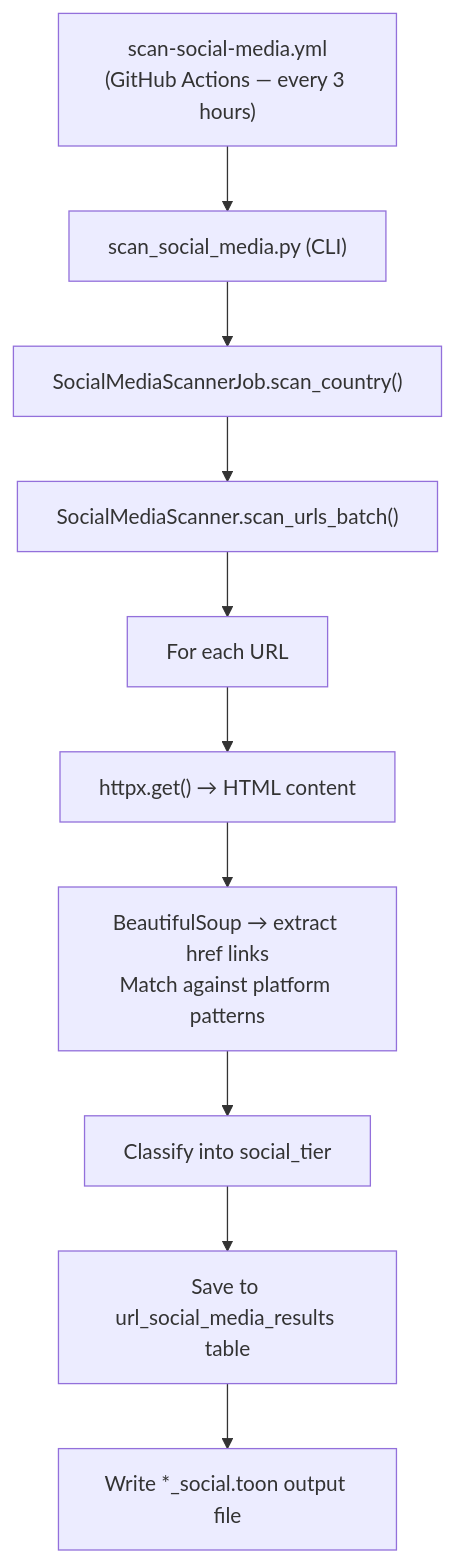
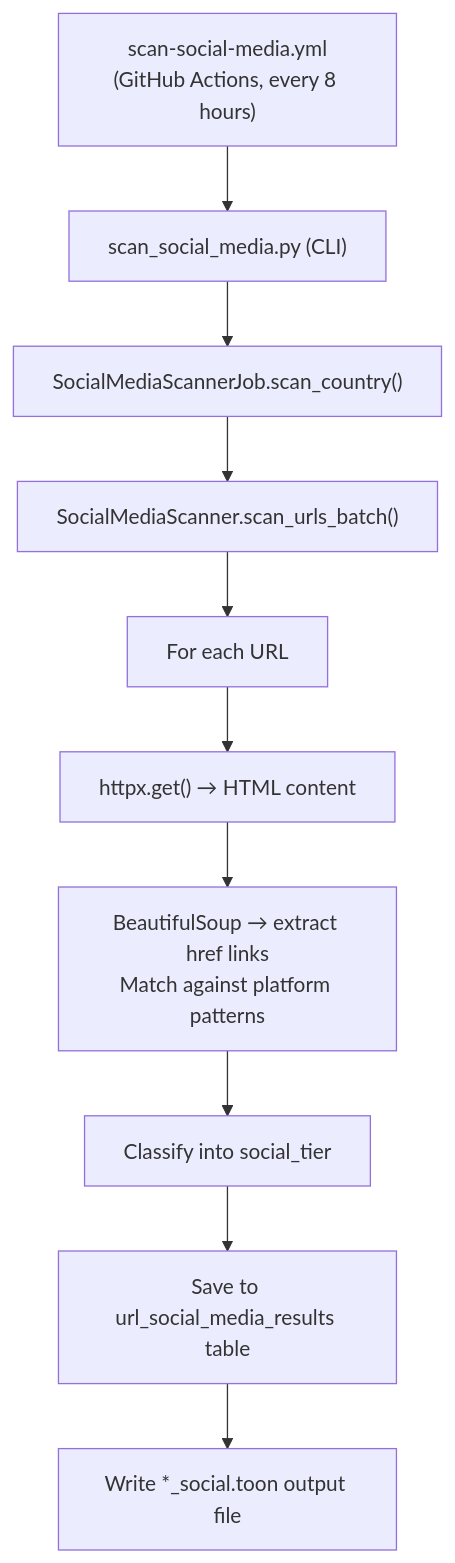
The diagram in docs/social-media.md (mgifford/eu-plus-government-scans), drawn with Mermaid before and after one commit. The commit also changed other lines of this file, not shown here.

First line of the commit message:
docs: correct schedule, coverage and TOON example on social media page

````diff
--- a/docs/social-media.md
+++ b/docs/social-media.md
@@ -325,13 +325,13 @@
 ```mermaid
 flowchart TD
-    A["scan-social-media.yml\n(GitHub Actions — every 3 hours)"]
+    A["scan-social-media.yml\n(GitHub Actions, every 8 hours)"]
     A --> B["scan_social_media.py (CLI)"]
     B --> C["SocialMediaScannerJob.scan_country()"]
     C --> D["SocialMediaScanner.scan_urls_batch()"]
     D --> E["For each URL"]
     E --> F["httpx.get() → HTML content"]
     F --> G["BeautifulSoup → extract href links\nMatch against platform patterns"]
     G --> H["Classify into social_tier"]
     H --> I["Save to url_social_media_results table"]
     I --> J["Write *_social.toon output file"]
 ```
````
